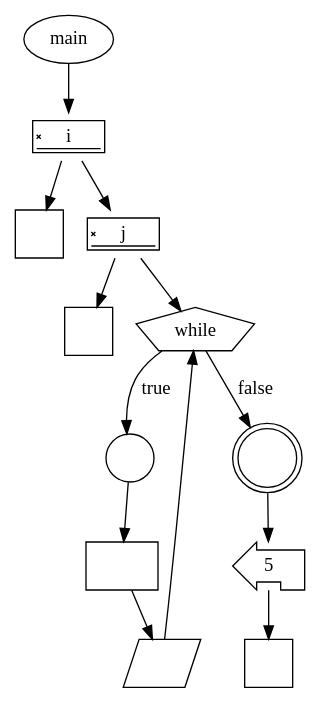
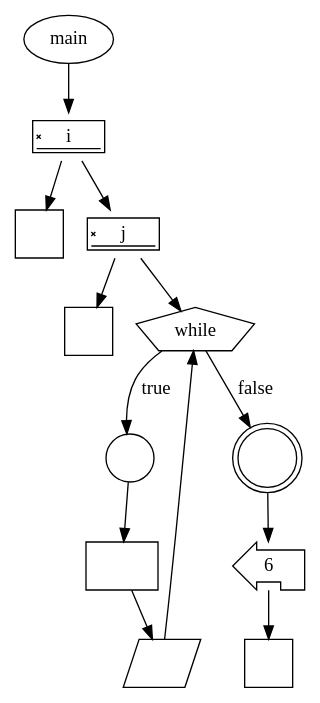
Before and after one commit to gakkungithub/rpg-aquatan-C: the diagram in data/whilestatement/whilestatement.dot, drawn with Graphviz. The commit also changed 33 other files, not shown here.

```diff
--- a/data/whilestatement/whilestatement.dot
+++ b/data/whilestatement/whilestatement.dot
@@ -1,80 +1,80 @@
 digraph {
 	graph [bb="0,0,213,497.5"];
 	node [label="\N"];
-	"c21433ca-4262-4d07-849f-8d32f67a23b7"	[height=0.5,
+	"b34c7559-a8c1-4ea0-9062-96db8af120d1"	[height=0.5,
 		label=main,
 		pos="30,479.5",
 		shape=ellipse,
 		width=0.82932];
-	"64290a7e-0442-4d0f-9957-882787b332b6"	[height=0.5,
+	"ddd75575-12d7-4204-a527-7e9c49a86d74"	[height=0.5,
 		label=i,
 		pos="30,406.5",
 		shape=signature,
 		width=0.75];
-	"c21433ca-4262-4d07-849f-8d32f67a23b7" -> "64290a7e-0442-4d0f-9957-882787b332b6"	[pos="e,30,424.53 30,461.31 30,453.73 30,444.6 30,436.04"];
-	"be23fb83-df49-44f9-b6c6-918bf899f21a"	[height=0.5,
+	"b34c7559-a8c1-4ea0-9062-96db8af120d1" -> "ddd75575-12d7-4204-a527-7e9c49a86d74"	[pos="e,30,424.53 30,461.31 30,453.73 30,444.6 30,436.04"];
+	"d43ab460-6da8-4a5e-a194-4aa75d9a0b60"	[height=0.5,
 		label="",
 		pos="18,333.5",
 		shape=square,
 		width=0.5];
-	"64290a7e-0442-4d0f-9957-882787b332b6" -> "be23fb83-df49-44f9-b6c6-918bf899f21a"	[pos="e,20.878,351.53 27.095,388.31 25.798,380.64 24.235,371.39 22.774,362.74"];
-	"a51e7637-80ba-4e9f-9755-5563230673fe"	[height=0.5,
+	"ddd75575-12d7-4204-a527-7e9c49a86d74" -> "d43ab460-6da8-4a5e-a194-4aa75d9a0b60"	[pos="e,20.878,351.53 27.095,388.31 25.798,380.64 24.235,371.39 22.774,362.74"];
+	"46f6e566-5a57-41d9-883c-e90058d2bf73"	[height=0.5,
 		label=j,
 		pos="81,333.5",
 		shape=signature,
 		width=0.75];
-	"64290a7e-0442-4d0f-9957-882787b332b6" -> "a51e7637-80ba-4e9f-9755-5563230673fe"	[pos="e,68.768,351.53 42.346,388.31 48.297,380.03 55.564,369.91 62.185,360.69"];
-	"ffb852f0-e90f-4275-87e9-fed03e397f26"	[height=0.5,
+	"ddd75575-12d7-4204-a527-7e9c49a86d74" -> "46f6e566-5a57-41d9-883c-e90058d2bf73"	[pos="e,68.768,351.53 42.346,388.31 48.297,380.03 55.564,369.91 62.185,360.69"];
+	"f896ece0-31ff-43a5-9cde-174f69ec96ea"	[height=0.5,
 		label="",
 		pos="56,260.5",
 		shape=square,
 		width=0.5];
-	"a51e7637-80ba-4e9f-9755-5563230673fe" -> "ffb852f0-e90f-4275-87e9-fed03e397f26"	[pos="e,61.996,278.53 74.948,315.31 72.184,307.46 68.842,297.97 65.738,289.16"];
-	"26d25360-d478-40cf-94f6-343d4ed0d2f6"	[height=0.5,
+	"46f6e566-5a57-41d9-883c-e90058d2bf73" -> "f896ece0-31ff-43a5-9cde-174f69ec96ea"	[pos="e,61.996,278.53 74.948,315.31 72.184,307.46 68.842,297.97 65.738,289.16"];
+	"1229851a-46bf-4dc3-8da7-c2f7a5dc5197"	[height=0.5,
 		label=while,
 		pos="131,260.5",
 		shape=pentagon,
 		width=1.0778];
-	"a51e7637-80ba-4e9f-9755-5563230673fe" -> "26d25360-d478-40cf-94f6-343d4ed0d2f6"	[pos="e,121.02,275.67 93.104,315.31 99.52,306.2 107.5,294.87 114.47,284.97"];
-	"fabb797c-8bbc-42c4-a7ec-fcd2443bea4f"	[height=0.5,
+	"46f6e566-5a57-41d9-883c-e90058d2bf73" -> "1229851a-46bf-4dc3-8da7-c2f7a5dc5197"	[pos="e,121.02,275.67 93.104,315.31 99.52,306.2 107.5,294.87 114.47,284.97"];
+	"cef34869-19f5-463e-a543-9286f5221c77"	[height=0.5,
 		label="",
 		pos="83,168",
 		shape=circle,
 		width=0.5];
-	"26d25360-d478-40cf-94f6-343d4ed0d2f6" -> "fabb797c-8bbc-42c4-a7ec-fcd2443bea4f"	[label=true,
+	"1229851a-46bf-4dc3-8da7-c2f7a5dc5197" -> "cef34869-19f5-463e-a543-9286f5221c77"	[label=true,
 		lp="106.5,216.25",
 		pos="e,84.578,186.4 113.59,245.73 107.19,239.83 100.43,232.46 96,224.5 91.45,216.32 88.488,206.61 86.561,197.62"];
-	"bfcd9af7-fe18-4506-b1f5-f97e640d391d"	[height=0.61111,
+	"a3558f8c-1a92-4136-8e61-ea60d6c2fe5d"	[height=0.61111,
 		label="",
 		pos="183,168",
 		shape=doublecircle,
 		width=0.61111];
-	"26d25360-d478-40cf-94f6-343d4ed0d2f6" -> "bfcd9af7-fe18-4506-b1f5-f97e640d391d"	[label=false,
+	"1229851a-46bf-4dc3-8da7-c2f7a5dc5197" -> "a3558f8c-1a92-4136-8e61-ea60d6c2fe5d"	[label=false,
 		lp="172.86,216.25",
 		pos="e,172.32,187.59 138.9,245.75 146.29,232.9 157.54,213.3 166.84,197.13"];
-	"1643808a-9334-49d1-b05f-dea51a0d95b5"	[height=0.5,
+	"4d4f2ff7-d8d4-4479-a4cf-f224d6e359a8"	[height=0.5,
 		label="",
 		pos="76,91",
 		shape=rect,
 		width=0.75];
-	"fabb797c-8bbc-42c4-a7ec-fcd2443bea4f" -> "1643808a-9334-49d1-b05f-dea51a0d95b5"	[pos="e,77.615,109.3 81.376,149.6 80.572,140.99 79.581,130.37 78.669,120.6"];
-	"ee46dfee-effa-475d-bd9a-db89c95322e7"	[height=0.5,
+	"cef34869-19f5-463e-a543-9286f5221c77" -> "4d4f2ff7-d8d4-4479-a4cf-f224d6e359a8"	[pos="e,77.615,109.3 81.376,149.6 80.572,140.99 79.581,130.37 78.669,120.6"];
+	"abf7e118-2dd7-4958-8f6a-591fe1ca9e57"	[height=0.5,
 		label="",
 		pos="107,18",
 		shape=parallelogram,
 		width=0.77756];
-	"1643808a-9334-49d1-b05f-dea51a0d95b5" -> "ee46dfee-effa-475d-bd9a-db89c95322e7"	[pos="e,99.565,36.029 83.504,72.813 86.969,64.877 91.169,55.259 95.053,46.362"];
-	"ee46dfee-effa-475d-bd9a-db89c95322e7" -> "26d25360-d478-40cf-94f6-343d4ed0d2f6"	[pos="e,129.61,245.53 108.75,36.489 112.93,78.468 123.57,185.08 128.47,234.11"];
-	"49205e06-5b1c-4fdb-addb-8ed3e6b810d1"	[height=0.5,
-		label=5,
+	"4d4f2ff7-d8d4-4479-a4cf-f224d6e359a8" -> "abf7e118-2dd7-4958-8f6a-591fe1ca9e57"	[pos="e,99.565,36.029 83.504,72.813 86.969,64.877 91.169,55.259 95.053,46.362"];
+	"abf7e118-2dd7-4958-8f6a-591fe1ca9e57" -> "1229851a-46bf-4dc3-8da7-c2f7a5dc5197"	[pos="e,129.61,245.53 108.75,36.489 112.93,78.468 123.57,185.08 128.47,234.11"];
+	"46f17ad1-1f73-4bcf-8504-53986f690062"	[height=0.5,
+		label=6,
 		pos="186,91",
 		shape=lpromoter,
 		width=0.75];
-	"bfcd9af7-fe18-4506-b1f5-f97e640d391d" -> "49205e06-5b1c-4fdb-addb-8ed3e6b810d1"	[pos="e,185.32,109.06 183.85,145.71 184.17,137.82 184.53,128.75 184.87,120.33"];
-	"3c6b7474-7666-4c59-b049-be1b86629b0d"	[height=0.5,
+	"a3558f8c-1a92-4136-8e61-ea60d6c2fe5d" -> "46f17ad1-1f73-4bcf-8504-53986f690062"	[pos="e,185.32,109.06 183.85,145.71 184.17,137.82 184.53,128.75 184.87,120.33"];
+	"6c8fbe32-9fd1-4d75-ae99-fb2b2de8b698"	[height=0.5,
 		label="",
 		pos="186,18",
 		shape=square,
 		width=0.5];
-	"49205e06-5b1c-4fdb-addb-8ed3e6b810d1" -> "3c6b7474-7666-4c59-b049-be1b86629b0d"	[pos="e,186,36.029 186,72.813 186,65.226 186,56.101 186,47.539"];
+	"46f17ad1-1f73-4bcf-8504-53986f690062" -> "6c8fbe32-9fd1-4d75-ae99-fb2b2de8b698"	[pos="e,186,36.029 186,72.813 186,65.226 186,56.101 186,47.539"];
 }
```
